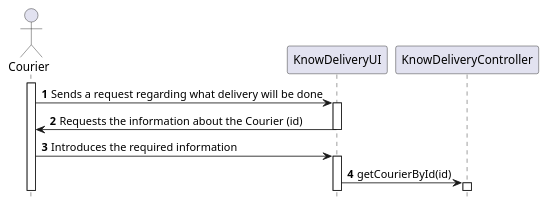
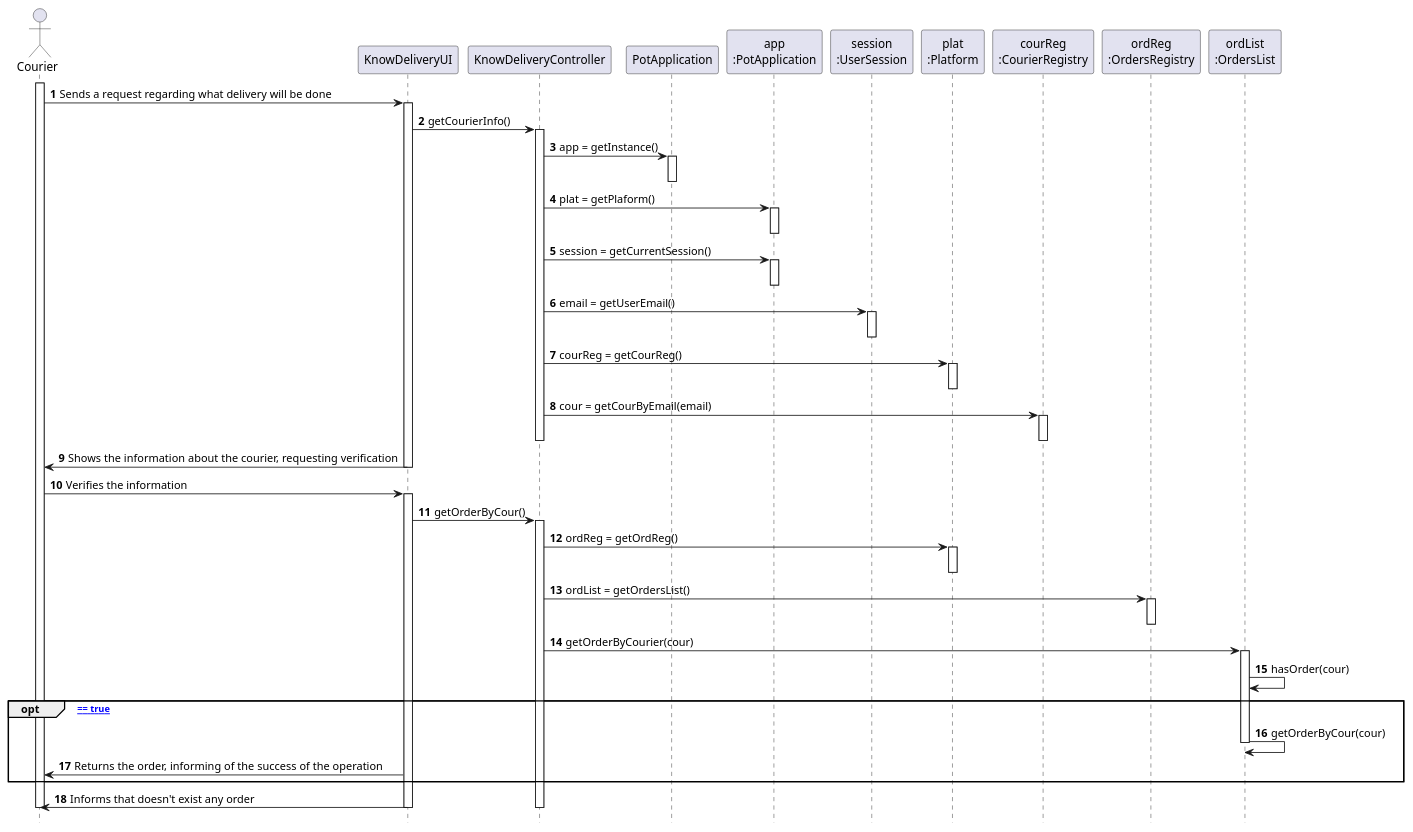
One commit to tiagoavcosta25/LAPR3 changed the diagram in docs/Iteration 1/UCxx/UCxx_SD.puml. Above: the diagram before and after it, drawn with PlantUML. The commit also changed 8 other files, not shown here.

```diff
--- a/docs/Iteration 1/UCxx/UCxx_SD.puml
+++ b/docs/Iteration 1/UCxx/UCxx_SD.puml
@@ -1,24 +1,70 @@
 @startuml
 autonumber
 hide footbox
 
 actor "Courier" as COUR
 
 participant "KnowDeliveryUI" as UI
 participant "KnowDeliveryController" as CTRL
+participant "PotApplication" as _APP
+participant "app\n:PotApplication" as APP
+participant "session\n:UserSession" as SESSION
+participant "plat\n:Platform" as PLAT
+participant "courReg\n:CourierRegistry" as COURREG
+participant "ordReg\n:OrdersRegistry" as ORDREG
+participant "ordList\n:OrdersList" as ORDLIST
 
 activate COUR
 
 COUR -> UI : Sends a request regarding what delivery will be done
 activate UI
-UI -> COUR : Requests the information about the Courier (id)
+UI -> CTRL : getCourierInfo()
+activate CTRL
+CTRL -> _APP: app = getInstance()
+activate _APP
+deactivate _APP
+
+CTRL -> APP: plat = getPlaform()
+activate APP
+deactivate APP
+
+CTRL -> APP: session = getCurrentSession()
+activate APP
+deactivate APP
+
+CTRL -> SESSION: email = getUserEmail()
+activate SESSION
+deactivate SESSION
+CTRL -> PLAT : courReg = getCourReg()
+activate PLAT
+deactivate PLAT
+CTRL -> COURREG : cour = getCourByEmail(email)
+activate COURREG
+deactivate COURREG
+deactivate CTRL
+UI -> COUR : Shows the information about the courier, requesting verification
 deactivate UI
-
-COUR -> UI : Introduces the required information
+COUR -> UI : Verifies the information
 activate UI
-UI -> CTRL : getCourierById(id)
+UI -> CTRL : getOrderByCour()
 activate CTRL
-
-
+CTRL -> PLAT : ordReg = getOrdReg()
+activate PLAT
+deactivate PLAT
+CTRL -> ORDREG : ordList = getOrdersList()
+activate ORDREG
+deactivate ORDREG
+CTRL -> ORDLIST : getOrderByCourier(cour)
+activate ORDLIST
+ORDLIST -> ORDLIST : hasOrder(cour)
+opt [ hasOrder(cour) == true]
+ORDLIST -> ORDLIST : getOrderByCour(cour)
+deactivate ORDLIST
+UI -> COUR : Returns the order, informing of the success of the operation
+end opt
+UI -> COUR : Informs that doesn't exist any order
+deactivate CTRL
+deactivate UI
+deactivate COUR
 
 @enduml
```
